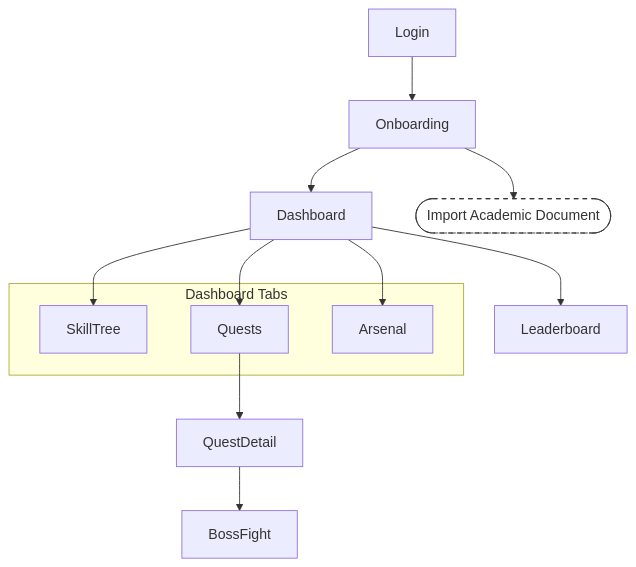
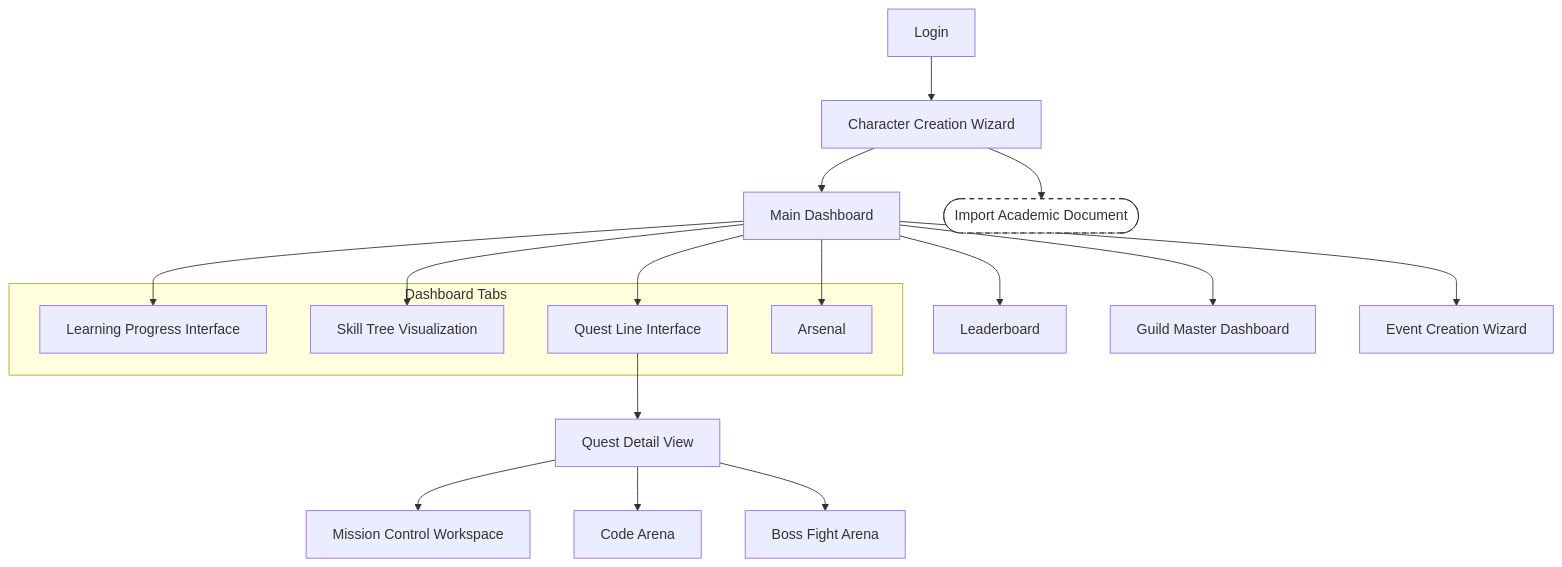
Before and after one commit to FA25SE050-RogueLearn/RogueLearn.BMAD.Documentation: the first of 4 diagrams in docs/srs/3-functional-requirements.md, drawn with Mermaid. The commit also changed other lines of this file and 6 other files, not shown here.

````diff
--- a/docs/srs/3-functional-requirements.md
+++ b/docs/srs/3-functional-requirements.md
@@ -10,21 +10,33 @@
 ```mermaid
 flowchart TD
-  Login --> Onboarding
-  Onboarding --> Dashboard
-  Dashboard --> SkillTree
-  Dashboard --> Quests
+  Login --> Onboarding[Character Creation Wizard]
+  Onboarding --> Dashboard[Main Dashboard]
+  
+  %% Dashboard primary navigation
+  Dashboard --> LearningProgress[Learning Progress Interface]
+  Dashboard --> SkillTree[Skill Tree Visualization]
+  Dashboard --> Quests[Quest Line Interface]
   Dashboard --> Arsenal
-  Quests --> QuestDetail
-  QuestDetail --> BossFight
   Dashboard --> Leaderboard
+  Dashboard --> GuildMasterDashboard[Guild Master Dashboard]
+  Dashboard --> EventWizard[Event Creation Wizard]
 
+  %% Quest branch
+  Quests --> QuestDetail[Quest Detail View]
+  QuestDetail --> MissionControl[Mission Control Workspace]
+  QuestDetail --> CodeArena[Code Arena]
+  QuestDetail --> BossFight[Boss Fight Arena]
+
+  %% Pop-up (document import during onboarding)
   ImportDocs([Import Academic Document]):::popup
   Onboarding --> ImportDocs
   style ImportDocs fill:#fff,stroke:#333,stroke-dasharray: 5 5;
 
+  %% Dashboard tabs grouping
   subgraph DashboardTabs [Dashboard Tabs]
+    LearningProgress
     SkillTree
     Quests
     Arsenal
   end
 ```
````
